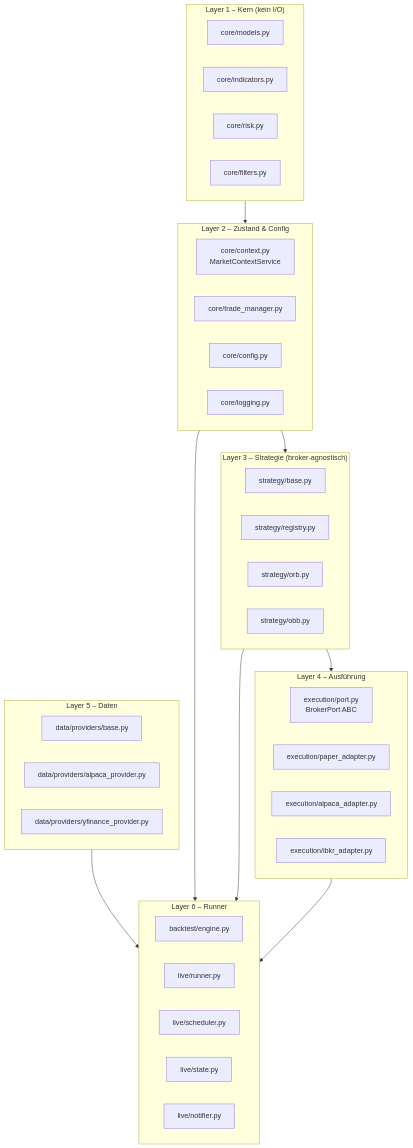
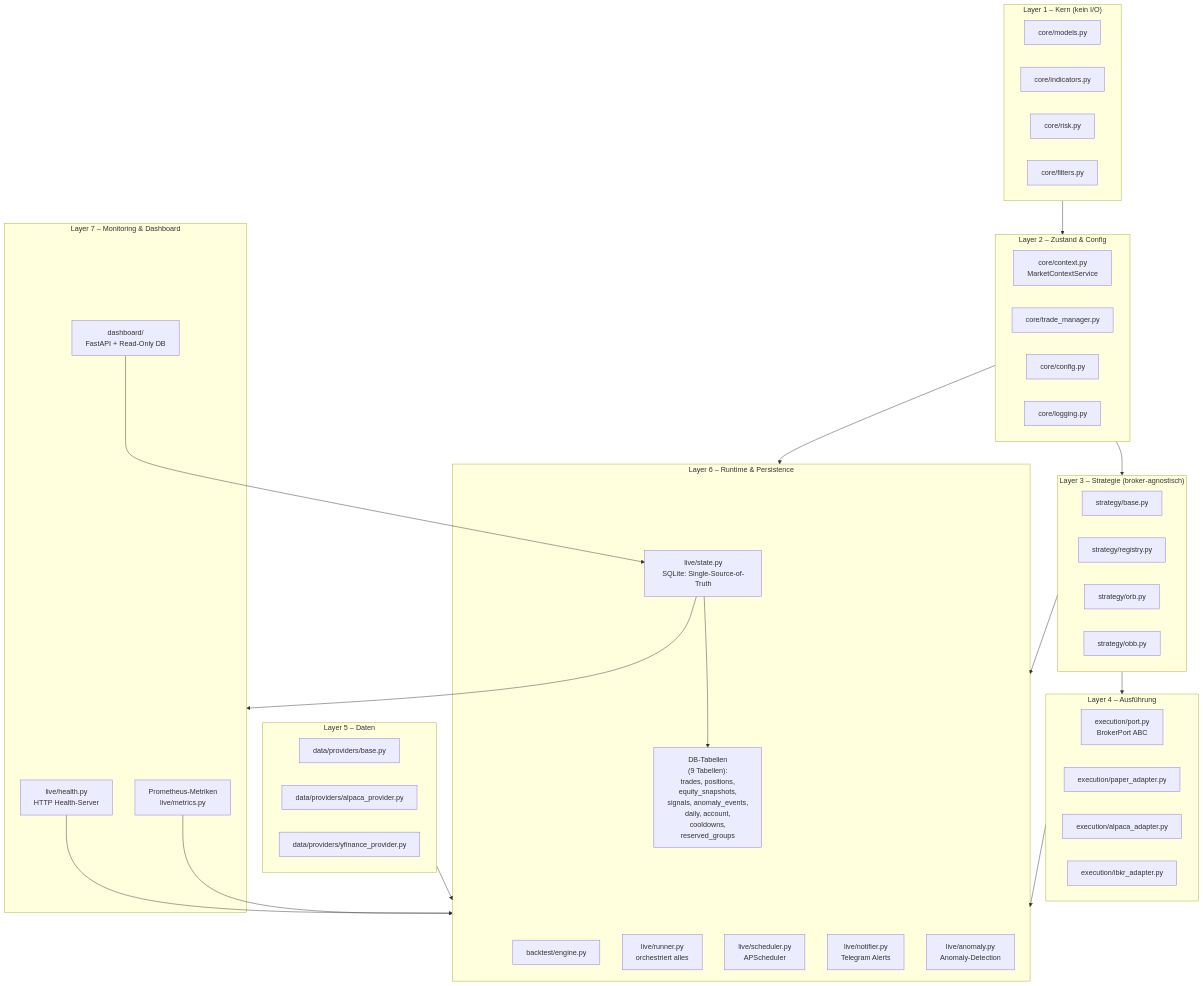
Before and after one commit to kesselschlaeger/TradingBots: the second of 5 diagrams in FluxTrader/docs/architecture.md, drawn with Mermaid. The commit also changed other lines of this file and 45 other files, not shown here.

Commit message:
viele Neuigkeiten, Monitoring, Alerting und ein Dashboard ergänzt

````diff
--- a/FluxTrader/docs/architecture.md
+++ b/FluxTrader/docs/architecture.md
@@ -48,45 +57,57 @@
 ```mermaid
 graph TB
     subgraph L1["Layer 1 – Kern (kein I/O)"]
         M[core/models.py]
         I[core/indicators.py]
         R[core/risk.py]
         F[core/filters.py]
     end
     subgraph L2["Layer 2 – Zustand & Config"]
         C[core/context.py<br/>MarketContextService]
         TM[core/trade_manager.py]
         CFG[core/config.py]
         LOG[core/logging.py]
     end
     subgraph L3["Layer 3 – Strategie (broker-agnostisch)"]
         BS[strategy/base.py]
         REG[strategy/registry.py]
         ORB[strategy/orb.py]
         OBB[strategy/obb.py]
     end
     subgraph L4["Layer 4 – Ausführung"]
         PORT[execution/port.py<br/>BrokerPort ABC]
         PA[execution/paper_adapter.py]
         AA[execution/alpaca_adapter.py]
         IA[execution/ibkr_adapter.py]
     end
     subgraph L5["Layer 5 – Daten"]
         BASE[data/providers/base.py]
         ADP[data/providers/alpaca_provider.py]
         YFP[data/providers/yfinance_provider.py]
     end
-    subgraph L6["Layer 6 – Runner"]
+    subgraph L6["Layer 6 – Runtime & Persistence"]
         BT[backtest/engine.py]
-        LR[live/runner.py]
-        SC[live/scheduler.py]
-        ST[live/state.py]
-        NT[live/notifier.py]
+        LR[live/runner.py<br/>orchestriert alles]
+        SC[live/scheduler.py<br/>APScheduler]
+        ST[live/state.py<br/>SQLite: Single-Source-of-Truth]
+        NT[live/notifier.py<br/>Telegram Alerts]
+        AD[live/anomaly.py<br/>Anomaly-Detection]
+        DB["DB-Tabellen<br/>(9 Tabellen):<br/>trades, positions,<br/>equity_snapshots,<br/>signals, anomaly_events,<br/>daily, account,<br/>cooldowns,<br/>reserved_groups"]
+    end
+    subgraph L7["Layer 7 – Monitoring & Dashboard"]
+        HS[live/health.py<br/>HTTP Health-Server]
+        DASH[dashboard/<br/>FastAPI + Read-Only DB]
+        PROM[Prometheus-Metriken<br/>live/metrics.py]
     end
 
     L1 --> L2 --> L3 --> L4
     L5 --> L6
     L2 --> L6
     L3 --> L6
     L4 --> L6
+    ST --> DB
+    ST --> L7
+    DASH --> ST
+    HS --> L6
+    PROM --> L6
 ```
````
